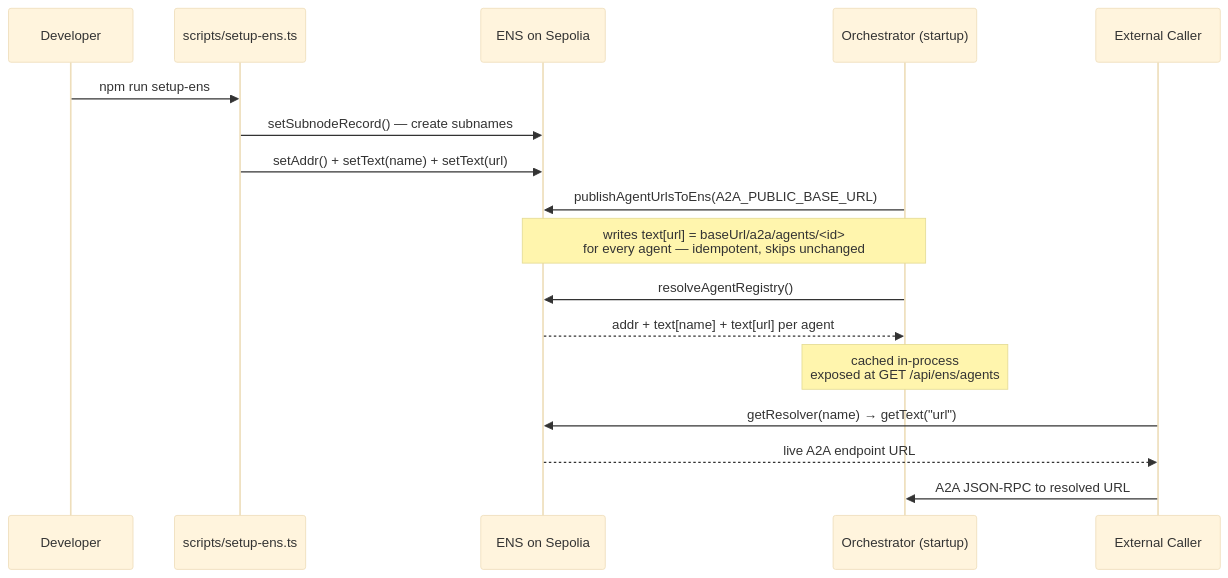
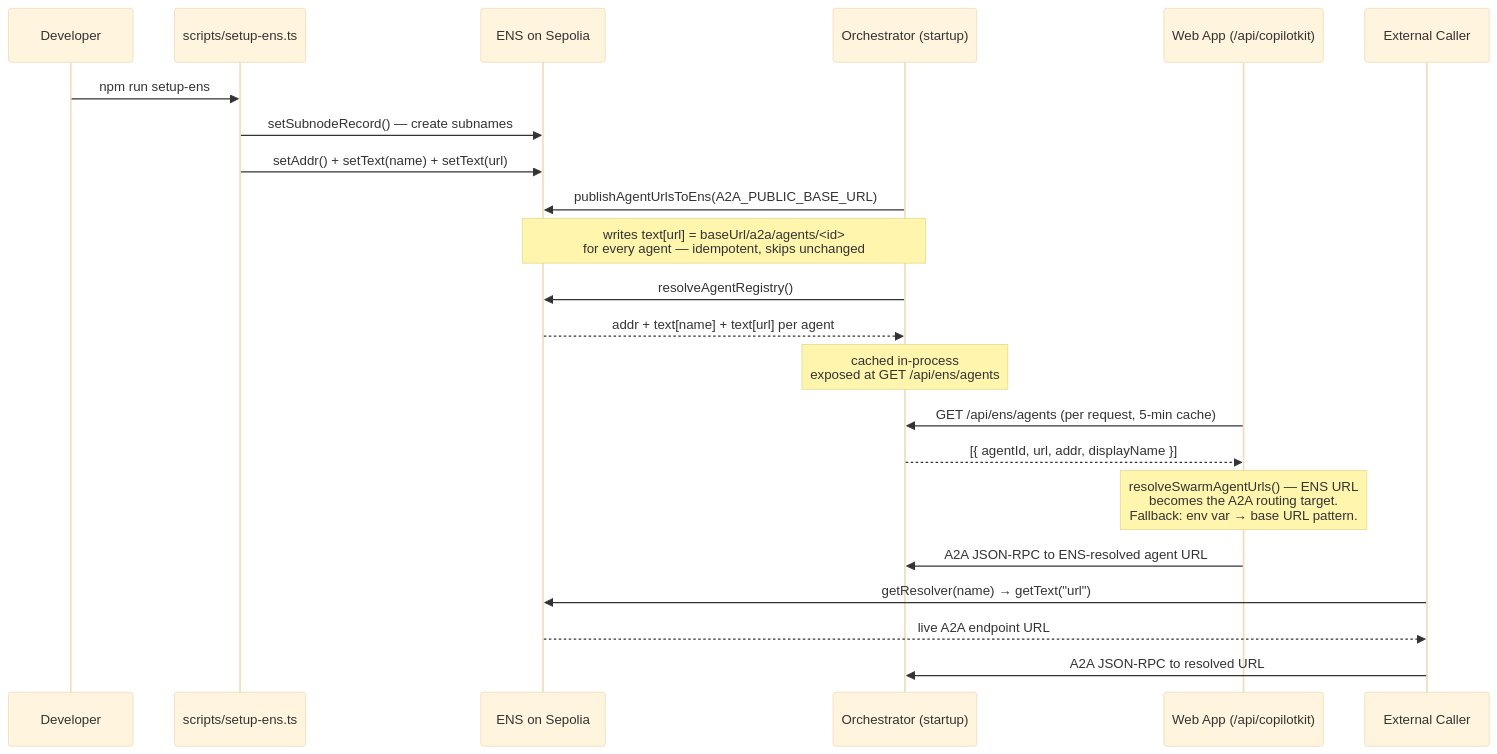
One commit to NirajBhattarai/UniswapSwarm changed the sixth of 6 diagrams in README.md. Above: the diagram before and after it, drawn with Mermaid (base theme). The commit also changed other lines of this file, not shown here.

First line of the commit message:
docs: update architecture diagram and ENS section for hot-path routing

````diff
--- a/README.md
+++ b/README.md
@@ -660,23 +663,29 @@
 ```mermaid
 sequenceDiagram
     participant Dev as Developer
     participant Setup as scripts/setup-ens.ts
     participant ENS as ENS on Sepolia
     participant Orch as Orchestrator (startup)
+    participant Web as Web App (/api/copilotkit)
     participant Caller as External Caller
 
     Dev->>Setup: npm run setup-ens
     Setup->>ENS: setSubnodeRecord() — create subnames
     Setup->>ENS: setAddr() + setText(name) + setText(url)
 
     Orch->>ENS: publishAgentUrlsToEns(A2A_PUBLIC_BASE_URL)
     Note over Orch,ENS: writes text[url] = baseUrl/a2a/agents/<id><br/>for every agent — idempotent, skips unchanged
 
     Orch->>ENS: resolveAgentRegistry()
     ENS-->>Orch: addr + text[name] + text[url] per agent
     Note over Orch: cached in-process<br/>exposed at GET /api/ens/agents
 
+    Web->>Orch: GET /api/ens/agents (per request, 5-min cache)
+    Orch-->>Web: [{ agentId, url, addr, displayName }]
+    Note over Web: resolveSwarmAgentUrls() — ENS URL<br/>becomes the A2A routing target.<br/>Fallback: env var → base URL pattern.
+    Web->>Orch: A2A JSON-RPC to ENS-resolved agent URL
+
     Caller->>ENS: getResolver(name) → getText("url")
     ENS-->>Caller: live A2A endpoint URL
     Caller->>Orch: A2A JSON-RPC to resolved URL
 ```
````
